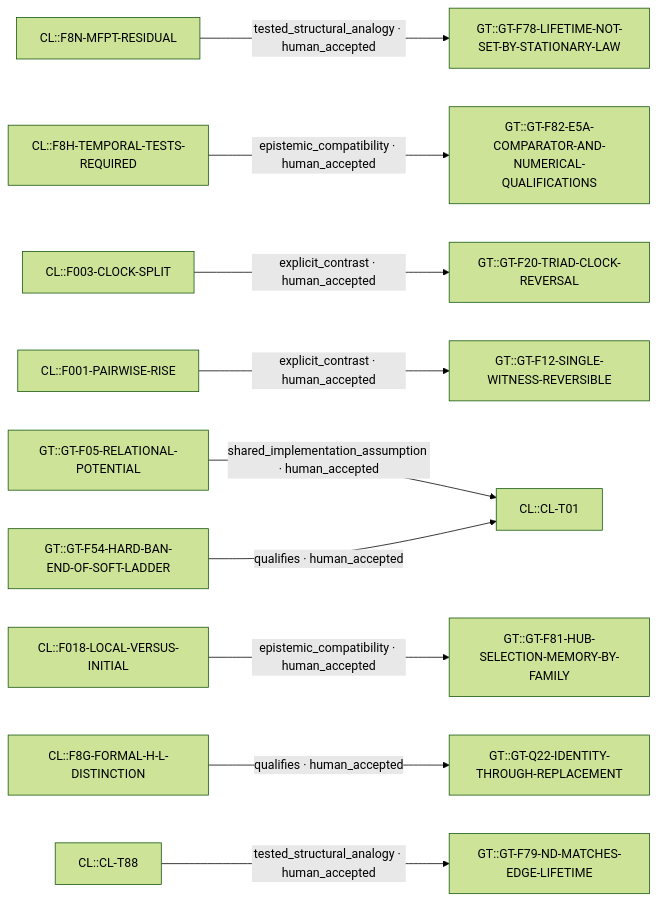
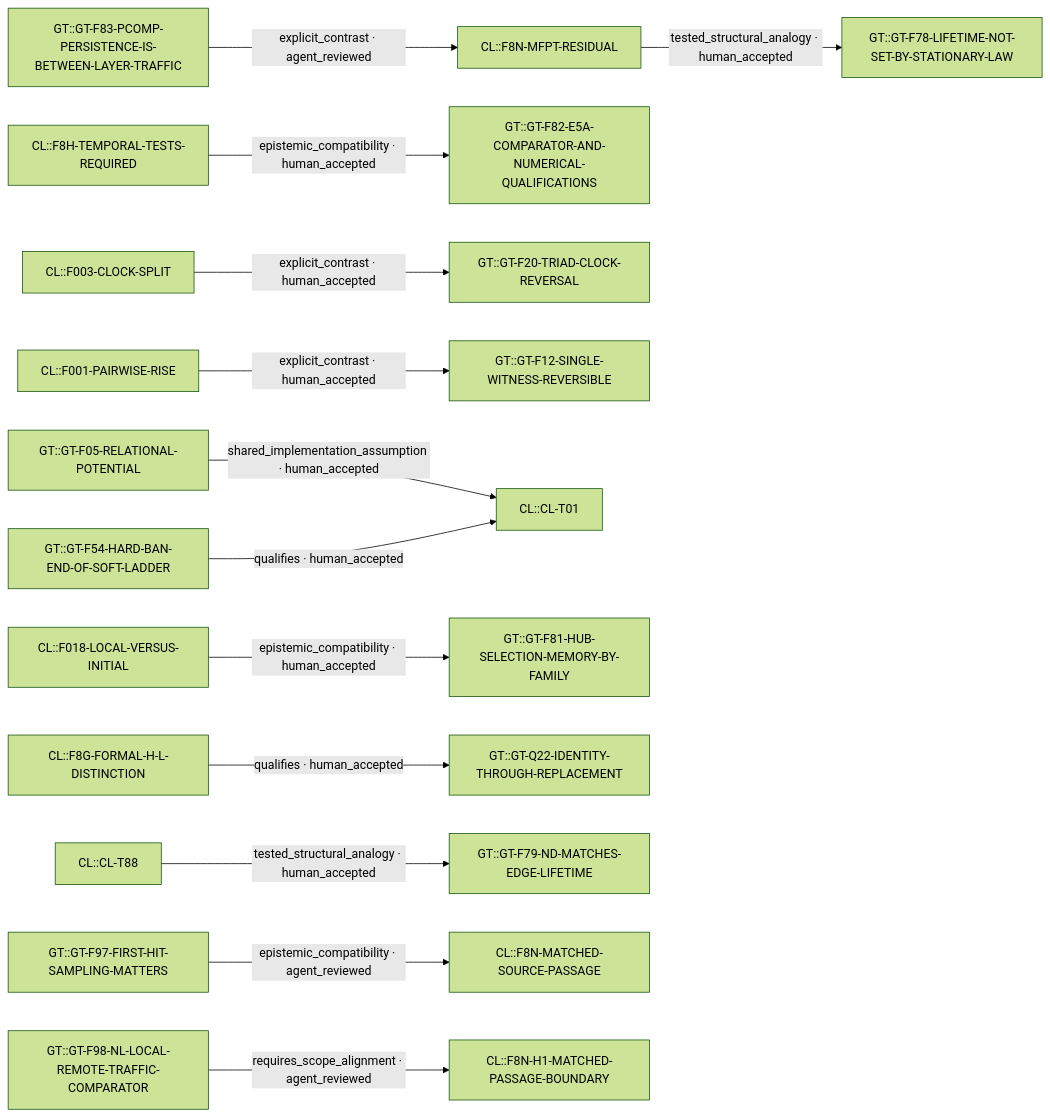
Before and after one commit to gellsmore-svg/Relational-Substrate: the diagram in research-synthesis/generated/links.mmd, drawn with Mermaid (forest theme). The commit also changed 94 other files, not shown here.

```diff
--- a/research-synthesis/generated/links.mmd
+++ b/research-synthesis/generated/links.mmd
@@ -1,27 +1,35 @@
 graph LR
   n_CL__F8N_MFPT_RESIDUAL["CL::F8N-MFPT-RESIDUAL"]
   n_GT__GT_F78_LIFETIME_NOT_SET_BY_STATIONARY_LAW["GT::GT-F78-LIFETIME-NOT-SET-BY-STATIONARY-LAW"]
   n_CL__F8N_MFPT_RESIDUAL -->|tested_structural_analogy · human_accepted| n_GT__GT_F78_LIFETIME_NOT_SET_BY_STATIONARY_LAW
   n_CL__F8H_TEMPORAL_TESTS_REQUIRED["CL::F8H-TEMPORAL-TESTS-REQUIRED"]
   n_GT__GT_F82_E5A_COMPARATOR_AND_NUMERICAL_QUALIFICATIONS["GT::GT-F82-E5A-COMPARATOR-AND-NUMERICAL-QUALIFICATIONS"]
   n_CL__F8H_TEMPORAL_TESTS_REQUIRED -->|epistemic_compatibility · human_accepted| n_GT__GT_F82_E5A_COMPARATOR_AND_NUMERICAL_QUALIFICATIONS
   n_CL__F003_CLOCK_SPLIT["CL::F003-CLOCK-SPLIT"]
   n_GT__GT_F20_TRIAD_CLOCK_REVERSAL["GT::GT-F20-TRIAD-CLOCK-REVERSAL"]
   n_CL__F003_CLOCK_SPLIT -->|explicit_contrast · human_accepted| n_GT__GT_F20_TRIAD_CLOCK_REVERSAL
   n_CL__F001_PAIRWISE_RISE["CL::F001-PAIRWISE-RISE"]
   n_GT__GT_F12_SINGLE_WITNESS_REVERSIBLE["GT::GT-F12-SINGLE-WITNESS-REVERSIBLE"]
   n_CL__F001_PAIRWISE_RISE -->|explicit_contrast · human_accepted| n_GT__GT_F12_SINGLE_WITNESS_REVERSIBLE
   n_GT__GT_F05_RELATIONAL_POTENTIAL["GT::GT-F05-RELATIONAL-POTENTIAL"]
   n_CL__CL_T01["CL::CL-T01"]
   n_GT__GT_F05_RELATIONAL_POTENTIAL -->|shared_implementation_assumption · human_accepted| n_CL__CL_T01
   n_GT__GT_F54_HARD_BAN_END_OF_SOFT_LADDER["GT::GT-F54-HARD-BAN-END-OF-SOFT-LADDER"]
   n_GT__GT_F54_HARD_BAN_END_OF_SOFT_LADDER -->|qualifies · human_accepted| n_CL__CL_T01
   n_CL__F018_LOCAL_VERSUS_INITIAL["CL::F018-LOCAL-VERSUS-INITIAL"]
   n_GT__GT_F81_HUB_SELECTION_MEMORY_BY_FAMILY["GT::GT-F81-HUB-SELECTION-MEMORY-BY-FAMILY"]
   n_CL__F018_LOCAL_VERSUS_INITIAL -->|epistemic_compatibility · human_accepted| n_GT__GT_F81_HUB_SELECTION_MEMORY_BY_FAMILY
   n_CL__F8G_FORMAL_H_L_DISTINCTION["CL::F8G-FORMAL-H-L-DISTINCTION"]
   n_GT__GT_Q22_IDENTITY_THROUGH_REPLACEMENT["GT::GT-Q22-IDENTITY-THROUGH-REPLACEMENT"]
   n_CL__F8G_FORMAL_H_L_DISTINCTION -->|qualifies · human_accepted| n_GT__GT_Q22_IDENTITY_THROUGH_REPLACEMENT
   n_CL__CL_T88["CL::CL-T88"]
   n_GT__GT_F79_ND_MATCHES_EDGE_LIFETIME["GT::GT-F79-ND-MATCHES-EDGE-LIFETIME"]
   n_CL__CL_T88 -->|tested_structural_analogy · human_accepted| n_GT__GT_F79_ND_MATCHES_EDGE_LIFETIME
+  n_GT__GT_F83_PCOMP_PERSISTENCE_IS_BETWEEN_LAYER_TRAFFIC["GT::GT-F83-PCOMP-PERSISTENCE-IS-BETWEEN-LAYER-TRAFFIC"]
+  n_GT__GT_F83_PCOMP_PERSISTENCE_IS_BETWEEN_LAYER_TRAFFIC -->|explicit_contrast · agent_reviewed| n_CL__F8N_MFPT_RESIDUAL
+  n_GT__GT_F97_FIRST_HIT_SAMPLING_MATTERS["GT::GT-F97-FIRST-HIT-SAMPLING-MATTERS"]
+  n_CL__F8N_MATCHED_SOURCE_PASSAGE["CL::F8N-MATCHED-SOURCE-PASSAGE"]
+  n_GT__GT_F97_FIRST_HIT_SAMPLING_MATTERS -->|epistemic_compatibility · agent_reviewed| n_CL__F8N_MATCHED_SOURCE_PASSAGE
+  n_GT__GT_F98_NL_LOCAL_REMOTE_TRAFFIC_COMPARATOR["GT::GT-F98-NL-LOCAL-REMOTE-TRAFFIC-COMPARATOR"]
+  n_CL__F8N_H1_MATCHED_PASSAGE_BOUNDARY["CL::F8N-H1-MATCHED-PASSAGE-BOUNDARY"]
+  n_GT__GT_F98_NL_LOCAL_REMOTE_TRAFFIC_COMPARATOR -->|requires_scope_alignment · agent_reviewed| n_CL__F8N_H1_MATCHED_PASSAGE_BOUNDARY
```
